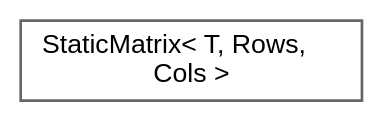
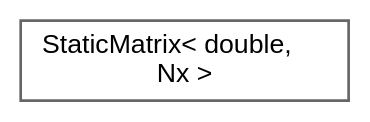
Before and after one commit to jswoo0615/Algorithms_for_Optimization_cpp: the diagram in inherit_graph_82.dot, drawn with Graphviz. The commit also changed 78 other files, not shown here.

```diff
--- a/inherit_graph_82.dot
+++ b/inherit_graph_82.dot
@@ -1,9 +1,9 @@
 digraph "Graphical Class Hierarchy"
 {
  // LATEX_PDF_SIZE
   bgcolor="transparent";
   edge [fontname=Helvetica,fontsize=10,labelfontname=Helvetica,labelfontsize=10];
   node [fontname=Helvetica,fontsize=10,shape=box,height=0.2,width=0.4];
   rankdir="LR";
-  Node0 [id="Node000000",label="StaticMatrix\< T, Rows,\l Cols \>",height=0.2,width=0.4,color="grey40", fillcolor="white", style="filled",URL="$classStaticMatrix.html",tooltip="전방 선언 (Forward Declaration)"];
+  Node0 [id="Node000000",label="StaticMatrix\< double,\l Nx \>",height=0.2,width=0.4,color="grey40", fillcolor="white", style="filled",URL="$classStaticMatrix.html",tooltip=" "];
 }
```
